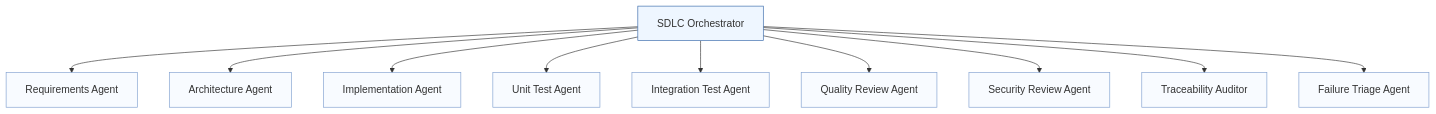
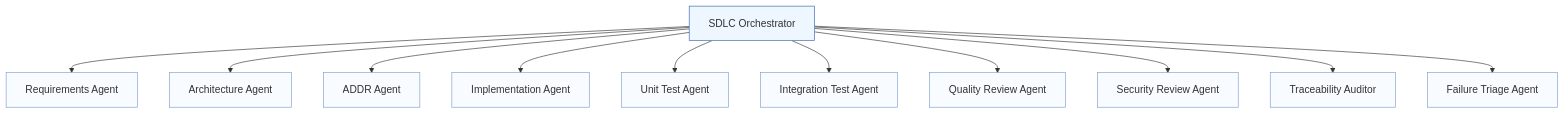
The second of 10 diagrams in docs/ai-sdlc/agent-framework-guide.md (shun-sa/ai-sdlc-copilot), drawn with Mermaid before and after one commit. The commit also changed other lines of this file and 16 other files, not shown here.

````diff
--- a/docs/ai-sdlc/agent-framework-guide.md
+++ b/docs/ai-sdlc/agent-framework-guide.md
@@ -134,31 +137,33 @@
 ```mermaid
 flowchart TB
     O[SDLC Orchestrator]
 
     R[Requirements Agent]
     A[Architecture Agent]
+    AD[ADDR Agent]
     I[Implementation Agent]
     U[Unit Test Agent]
     IT[Integration Test Agent]
 
     Q[Quality Review Agent]
     S[Security Review Agent]
     T[Traceability Auditor]
 
     F[Failure Triage Agent]
 
     O --> R
     O --> A
+    O --> AD
     O --> I
     O --> U
     O --> IT
     O --> Q
     O --> S
     O --> T
     O --> F
 
     classDef parent fill:#eef6ff,stroke:#3566a8,stroke-width:1px;
     classDef child fill:#f8fbff,stroke:#7f9fcf,stroke-width:1px;
     class O parent;
-    class R,A,I,U,IT,Q,S,T,F child;
+    class R,A,AD,I,U,IT,Q,S,T,F child;
 ```
````
